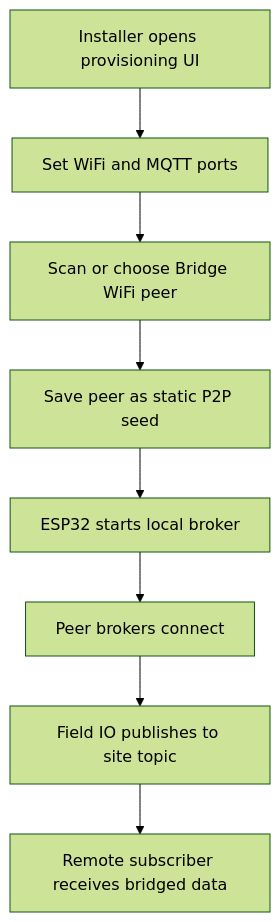
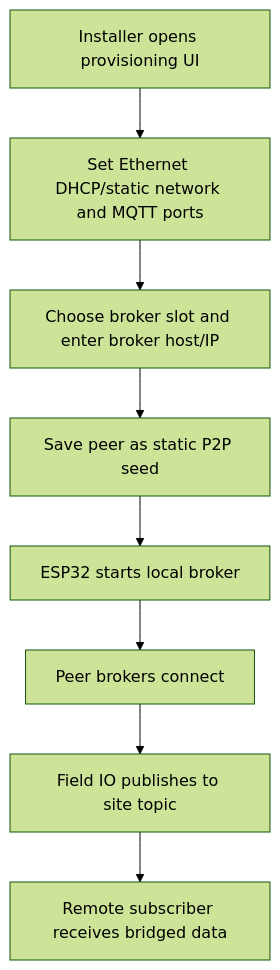
The second of 2 diagrams in README.md (judadao/mqtt_field_bridge_app), drawn with Mermaid (forest theme) before and after one commit. The commit also changed other lines of this file and 33 other files, not shown here.

Commit message:
feat(product): move bridge app to ethernet

````diff
--- a/README.md
+++ b/README.md
@@ -82,10 +83,10 @@
 ```mermaid
 flowchart TD
-    A[Installer opens provisioning UI] --> B[Set WiFi and MQTT ports]
-    B --> C[Scan or choose Bridge WiFi peer]
+    A[Installer opens provisioning UI] --> B[Set Ethernet DHCP/static network and MQTT ports]
+    B --> C[Choose broker slot and enter broker host/IP]
     C --> D[Save peer as static P2P seed]
     D --> E[ESP32 starts local broker]
     E --> F[Peer brokers connect]
     F --> G[Field IO publishes to site topic]
     G --> H[Remote subscriber receives bridged data]
 ```
````
